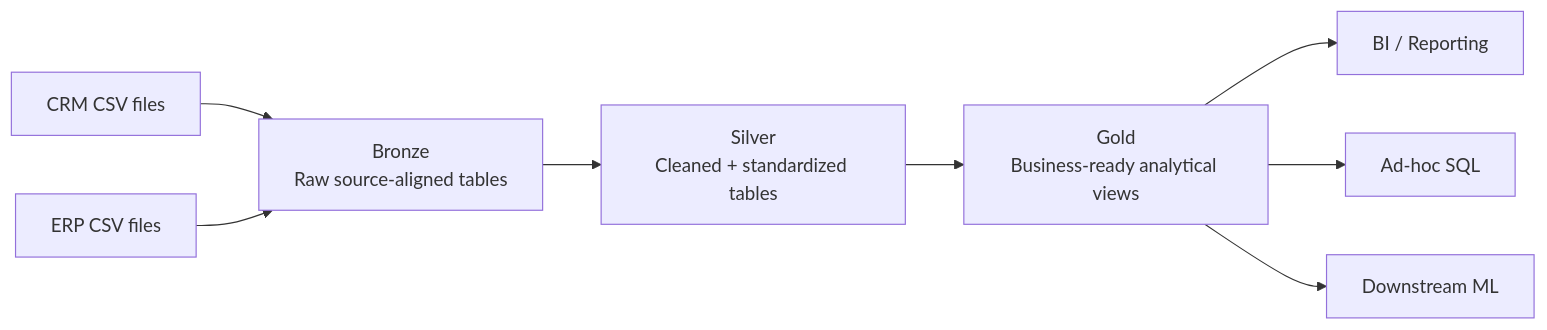
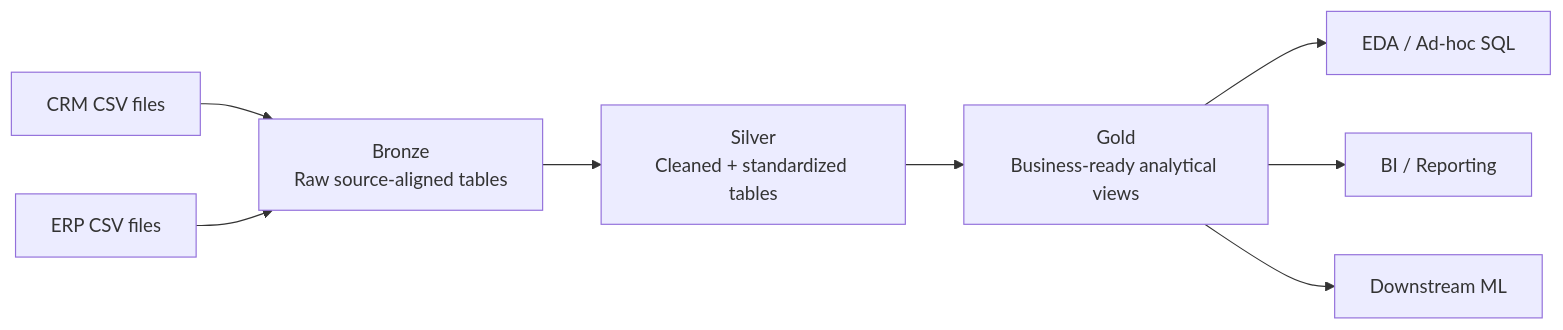
One commit to gw-ai-security/sql-data-engineering-portfolio changed the diagram in README.md. Above: the diagram before and after it, drawn with Mermaid. The commit also changed other lines of this file and 14 other files, not shown here.

````diff
--- a/README.md
+++ b/README.md
@@ -21,10 +21,10 @@
 ```mermaid
 flowchart LR
     CRM[CRM CSV files] --> B[Bronze\nRaw source-aligned tables]
     ERP[ERP CSV files] --> B
     B --> S[Silver\nCleaned + standardized tables]
     S --> G[Gold\nBusiness-ready analytical views]
+    G --> EDA[EDA / Ad-hoc SQL]
     G --> BI[BI / Reporting]
-    G --> SQL[Ad-hoc SQL]
     G --> ML[Downstream ML]
 ```
````
